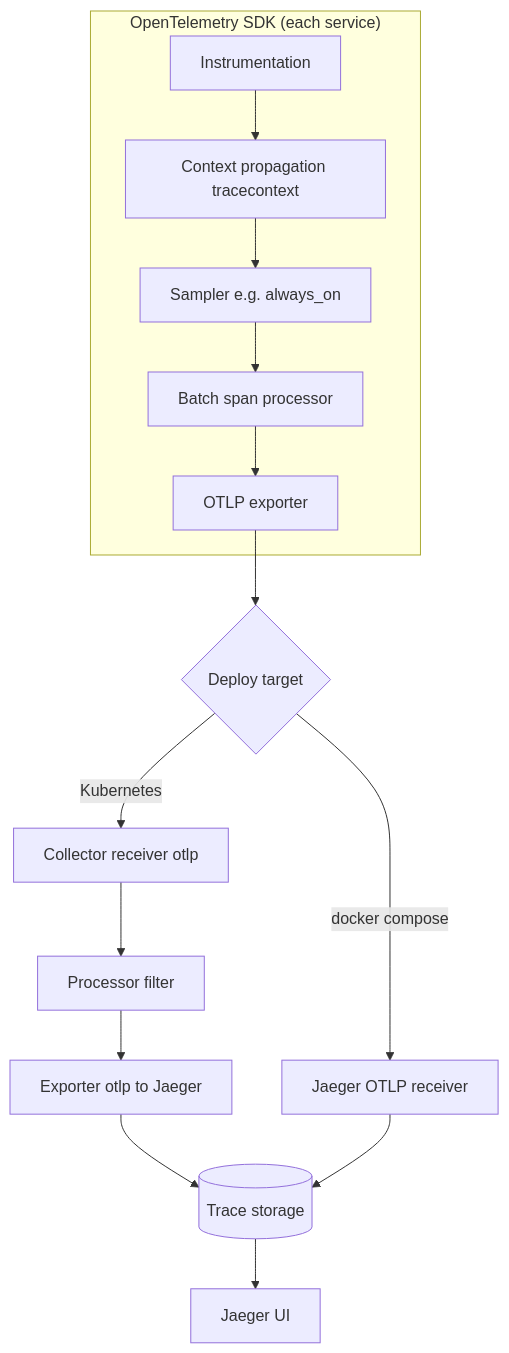
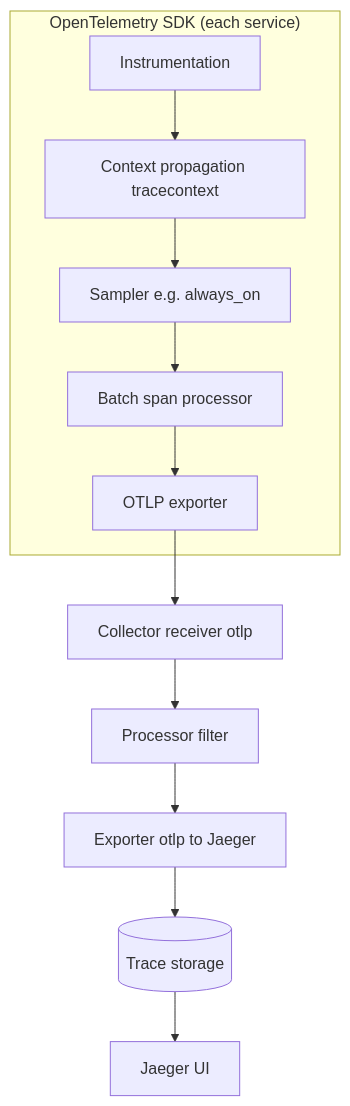
The second of 3 diagrams in OBSERVABILITY.md (dipjyotimetia/distributed-systems), drawn with Mermaid before and after one commit. The commit also changed other lines of this file and 106 other files, not shown here.

````diff
--- a/OBSERVABILITY.md
+++ b/OBSERVABILITY.md
@@ -46,21 +46,17 @@
 ```mermaid
 flowchart TB
   subgraph sdk["OpenTelemetry SDK (each service)"]
     instr[Instrumentation]
     prop[Context propagation tracecontext]
     samp[Sampler e.g. always_on]
     batch[Batch span processor]
     export[OTLP exporter]
     instr --> prop --> samp --> batch --> export
   end
 
-  export --> route{Deploy target}
-
-  route -->|docker compose| jaeger_in[Jaeger OTLP receiver]
-  route -->|Kubernetes| recv[Collector receiver otlp]
+  export --> recv[Collector receiver otlp]
   recv --> filt[Processor filter]
   filt --> out[Exporter otlp to Jaeger]
   out --> store[(Trace storage)]
-  jaeger_in --> store
   store --> ui[Jaeger UI]
 ```
````
